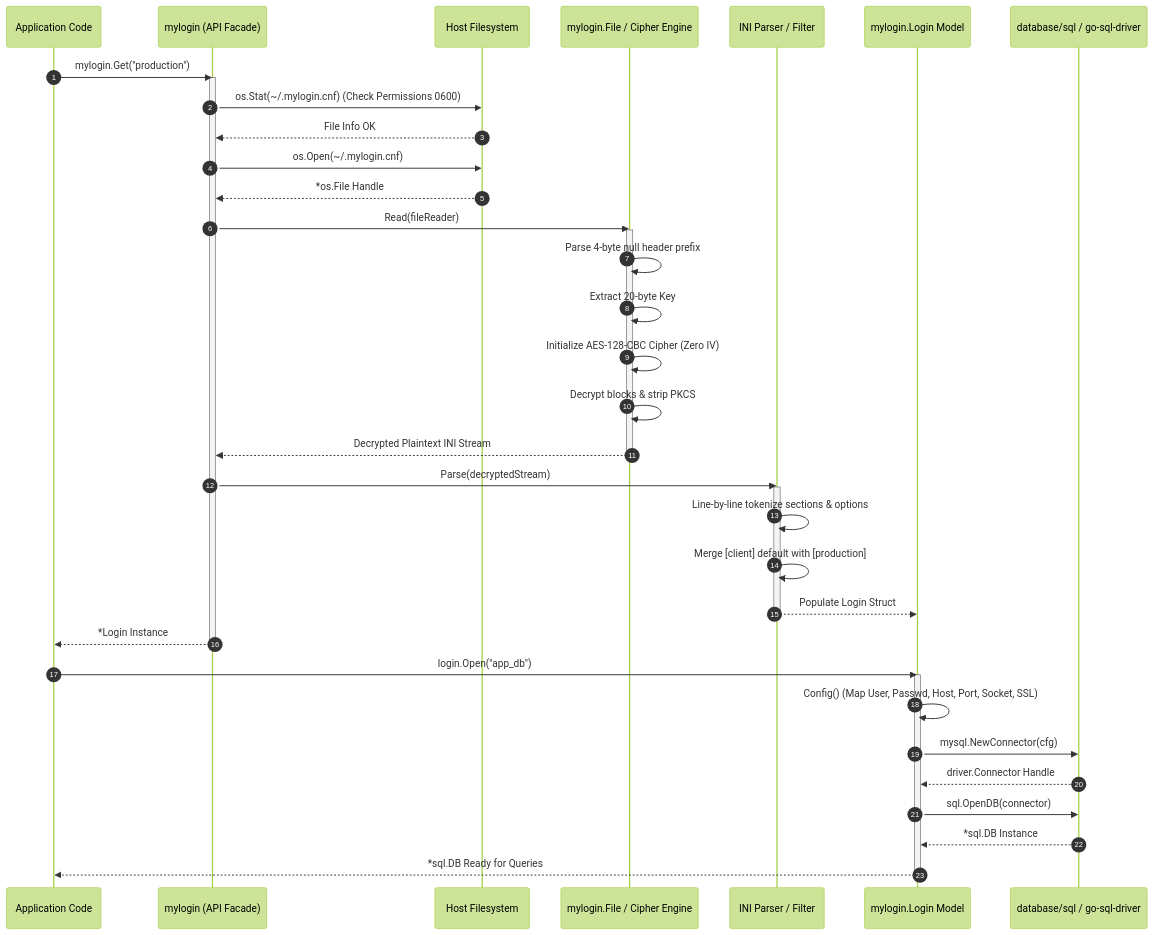
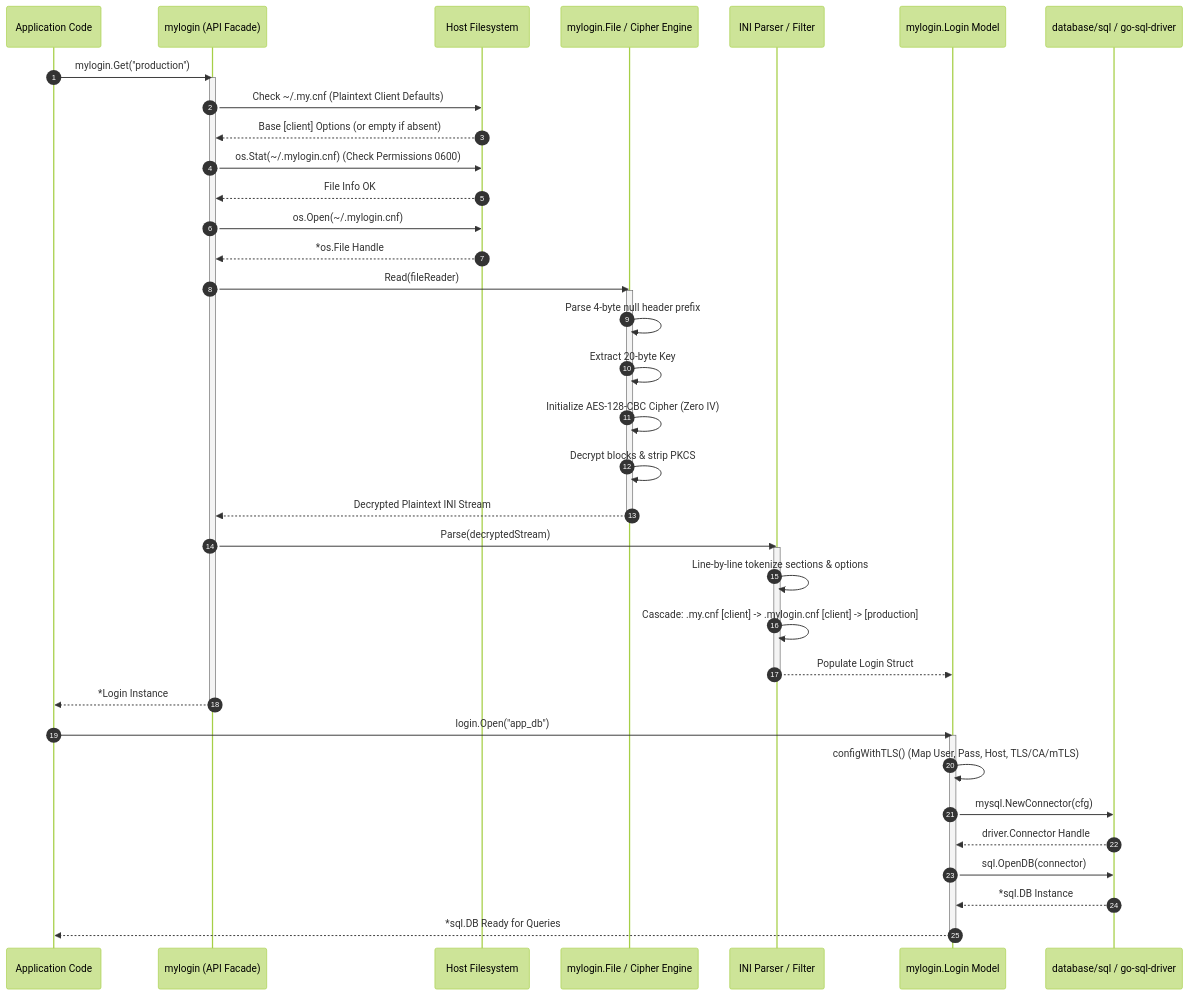
One commit to edsilegxrepo/mylogin changed the second of 4 diagrams in ARCHITECTURE.md. Above: the diagram before and after it, drawn with Mermaid (forest theme). The commit also changed other lines of this file and 28 other files, not shown here.

First line of the commit message:
feat: release v1.6.0 with cascading options, TLS/mTLS, Windows support, and CLI tools

````diff
--- a/ARCHITECTURE.md
+++ b/ARCHITECTURE.md
@@ -139,44 +152,46 @@
 ```mermaid
 sequenceDiagram
     autonumber
     participant App as Application Code
     participant API as mylogin (API Facade)
     participant FS as Host Filesystem
     participant Engine as mylogin.File / Cipher Engine
     participant Parser as INI Parser / Filter
     participant Model as mylogin.Login Model
     participant Driver as database/sql / go-sql-driver
 
     App->>API: mylogin.Get("production")
     activate API
+    API->>FS: Check ~/.my.cnf (Plaintext Client Defaults)
+    FS-->>API: Base [client] Options (or empty if absent)
     API->>FS: os.Stat(~/.mylogin.cnf) (Check Permissions 0600)
     FS-->>API: File Info OK
     API->>FS: os.Open(~/.mylogin.cnf)
     FS-->>API: *os.File Handle
     API->>Engine: Read(fileReader)
     activate Engine
     Engine->>Engine: Parse 4-byte null header prefix
     Engine->>Engine: Extract 20-byte Key
     Engine->>Engine: Initialize AES-128-CBC Cipher (Zero IV)
     Engine->>Engine: Decrypt blocks & strip PKCS#7 padding
     Engine-->>API: Decrypted Plaintext INI Stream
     deactivate Engine
     API->>Parser: Parse(decryptedStream)
     activate Parser
     Parser->>Parser: Line-by-line tokenize sections & options
-    Parser->>Parser: Merge [client] default with [production]
+    Parser->>Parser: Cascade: .my.cnf [client] -> .mylogin.cnf [client] -> [production]
     Parser-->>Model: Populate Login Struct
     deactivate Parser
     API-->>App: *Login Instance
     deactivate API
 
     App->>Model: login.Open("app_db")
     activate Model
-    Model->>Model: Config() (Map User, Passwd, Host, Port, Socket, SSL)
+    Model->>Model: configWithTLS() (Map User, Pass, Host, TLS/CA/mTLS)
     Model->>Driver: mysql.NewConnector(cfg)
     Driver-->>Model: driver.Connector Handle
     Model->>Driver: sql.OpenDB(connector)
     Driver-->>Model: *sql.DB Instance
     Model-->>App: *sql.DB Ready for Queries
     deactivate Model
 ```
````
